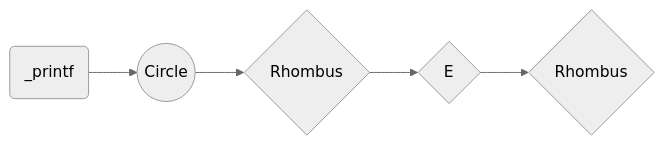
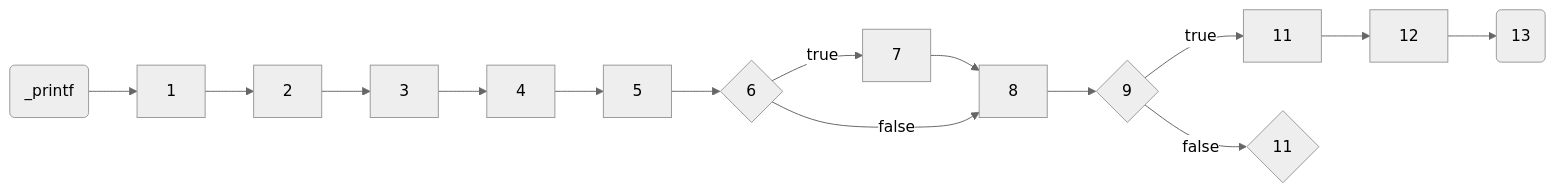
Before and after one commit to esteban-94/holbertonschool-printf: the diagram in README.md, drawn with Mermaid (neutral theme).

Commit message:
_printf project

````diff
--- a/README.md
+++ b/README.md
@@ -49,7 +49,9 @@
 ```mermaid
 graph LR
-A(_printf) --> B((Circle))
-B --> C{Rhombus}
-C --> E{E}
-E --> f{Rhombus}
+A(_printf) --> B[1] --> C[2]
+C --> D[3] --> E[4] --> F[5]
+F --> G{6} --true--> H1[7] --> H2[9]
+G --false--> H2[8] --> I{9} --true--> J1[10]
+J1[11] --> J3[12] --> J4(13)
+I{9} --false--> J2{11}
 ```
````
